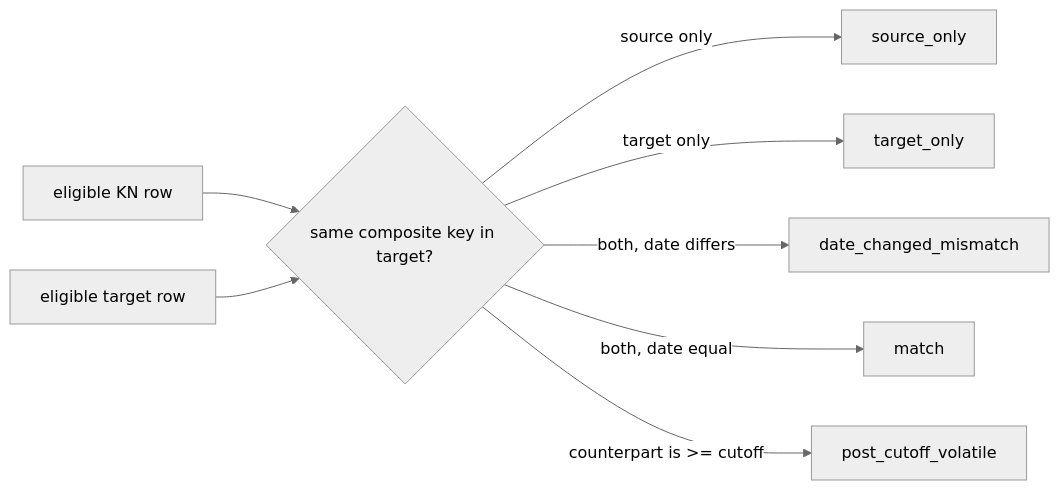
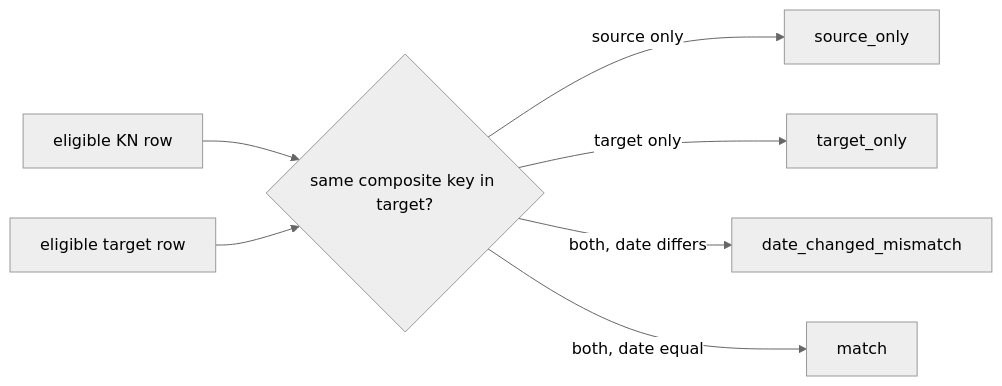
One commit to MatevzVidovic/on_the_fly changed the fifth of 6 diagrams in KN_deltas_reason/Ideas_and_architecture.md. Above: the diagram before and after it, drawn with Mermaid (neutral theme). The commit also changed other lines of this file and 7 other files, not shown here.

````diff
--- a/KN_deltas_reason/Ideas_and_architecture.md
+++ b/KN_deltas_reason/Ideas_and_architecture.md
@@ -140,10 +146,9 @@
 ```mermaid
 flowchart LR
   S[eligible KN row] --> M{same composite key in target?}
   T[eligible target row] --> M
   M -- source only --> A[source_only]
   M -- target only --> B[target_only]
   M -- both, date differs --> C[date_changed_mismatch]
   M -- both, date equal --> D[match]
-  M -- counterpart is >= cutoff --> E[post_cutoff_volatile]
 ```
````
